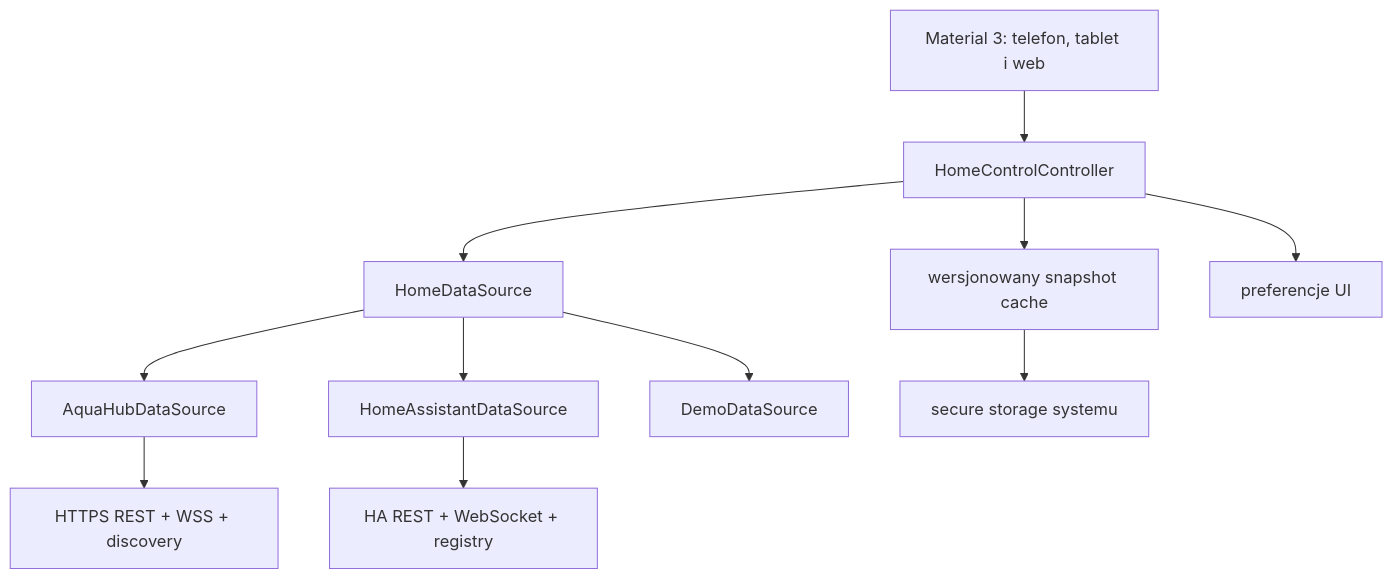
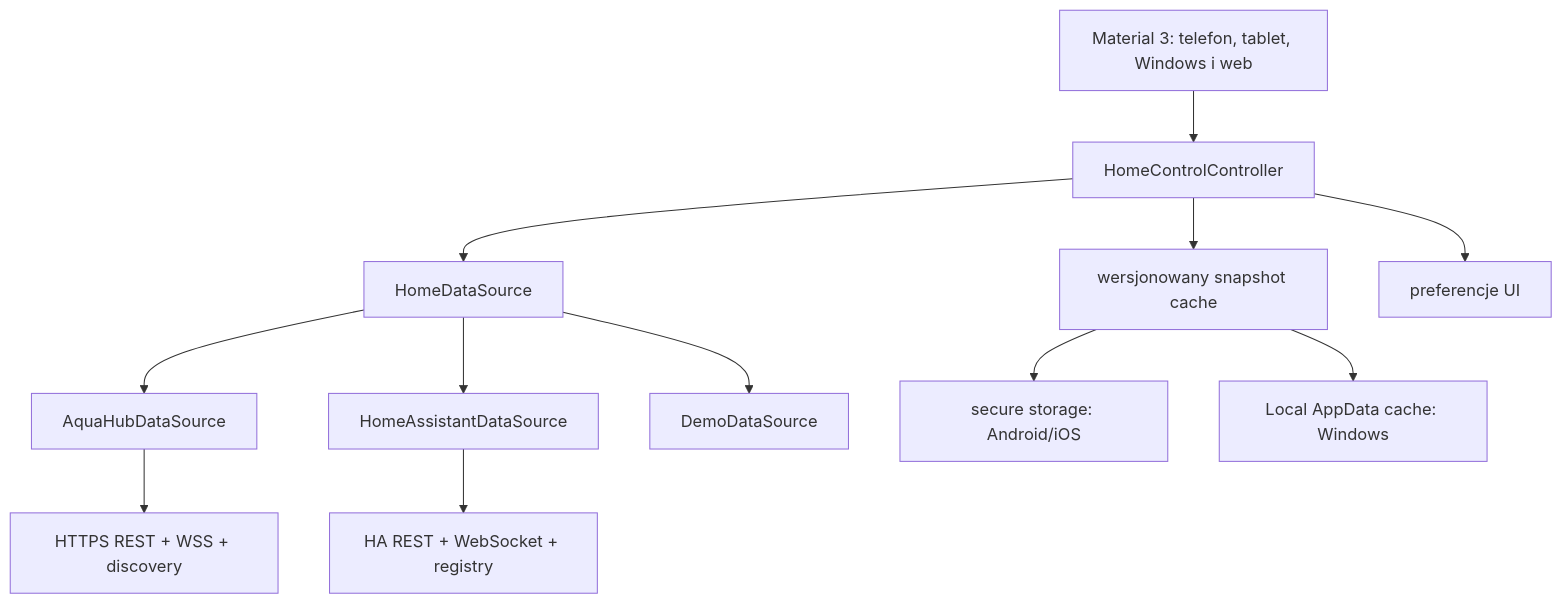
The diagram in docs/HOME_CONTROL_ARCHITECTURE.md (Baartek57548/AkwariumCYD), drawn with Mermaid before and after one commit. The commit also changed other lines of this file and 47 other files, not shown here.

Commit message:
feat(home-control): add Windows app and installer

````diff
--- a/docs/HOME_CONTROL_ARCHITECTURE.md
+++ b/docs/HOME_CONTROL_ARCHITECTURE.md
@@ -12,13 +12,14 @@
 ```mermaid
 flowchart TB
-    UI["Material 3: telefon, tablet i web"] --> CTRL["HomeControlController"]
+    UI["Material 3: telefon, tablet, Windows i web"] --> CTRL["HomeControlController"]
     CTRL --> PORT["HomeDataSource"]
     PORT --> HUB["AquaHubDataSource"]
     PORT --> HA["HomeAssistantDataSource"]
     PORT --> DEMO["DemoDataSource"]
     CTRL --> CACHE["wersjonowany snapshot cache"]
     CTRL --> PREF["preferencje UI"]
     HUB --> HUBAPI["HTTPS REST + WSS + discovery"]
     HA --> HAAPI["HA REST + WebSocket + registry"]
-    CACHE --> SECURE["secure storage systemu"]
+    CACHE --> SECURE["secure storage: Android/iOS"]
+    CACHE --> WINCACHE["Local AppData cache: Windows"]
 ```
````
